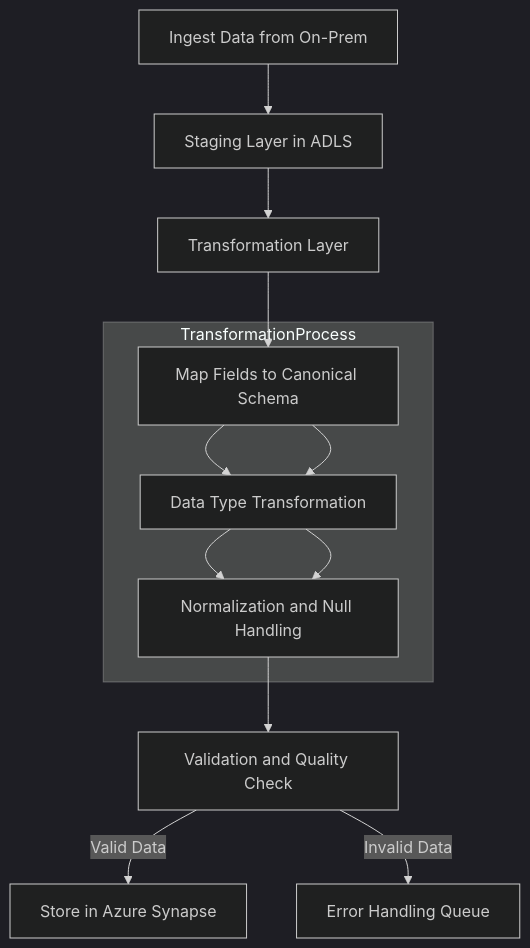
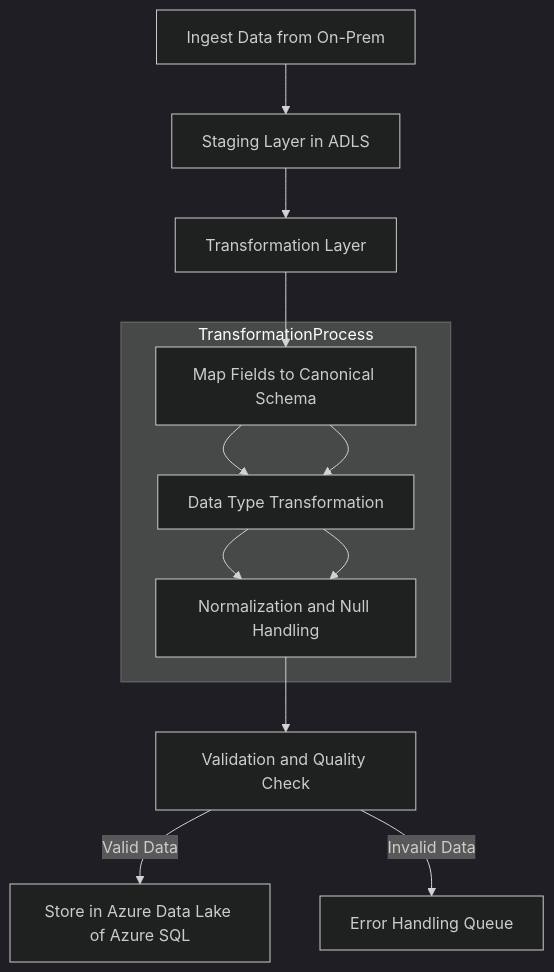
One commit to oigbokwe73/Financial-Institution-Assessment-Plan changed the second of 2 diagrams in README.md. Above: the diagram before and after it, drawn with Mermaid (dark theme). The commit also changed other lines of this file, not shown here.

````diff
--- a/README.md
+++ b/README.md
@@ -166,16 +158,16 @@
 ```mermaid
 flowchart TD
     A[Ingest Data from On-Prem] --> B[Staging Layer in ADLS]
     B --> C[Transformation Layer]
     C --> D[Map Fields to Canonical Schema]
     D --> E[Data Type Transformation]
     E --> F[Normalization and Null Handling]
     F --> G[Validation and Quality Check]
-    G -->|Valid Data| H[Store in Azure Synapse]
+    G -->|Valid Data| H[Store in Azure Data Lake of Azure SQL]
     G -->|Invalid Data| I[Error Handling Queue]
 
     subgraph TransformationProcess
         D --> E
         E --> F
     end
 ```
````
